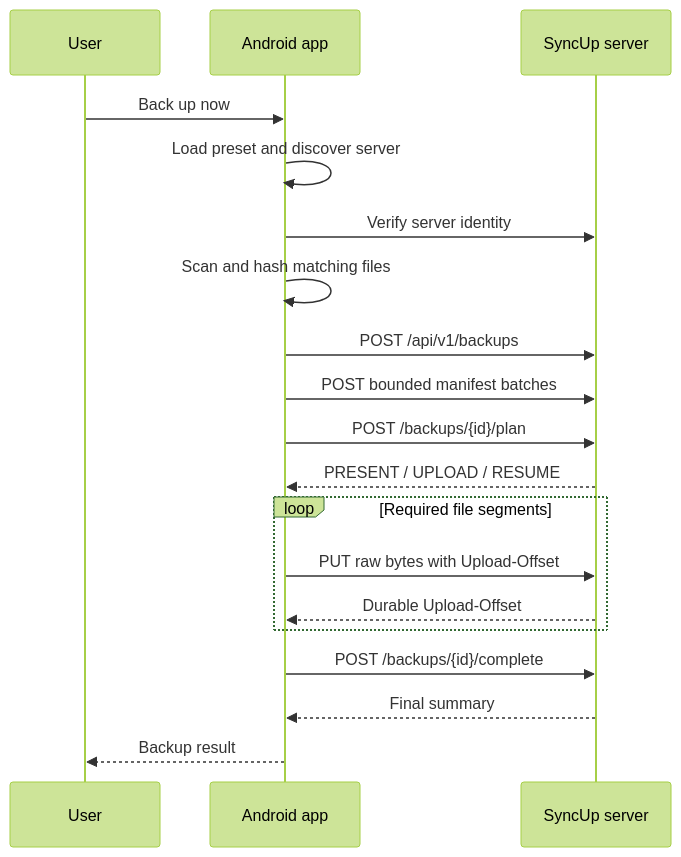
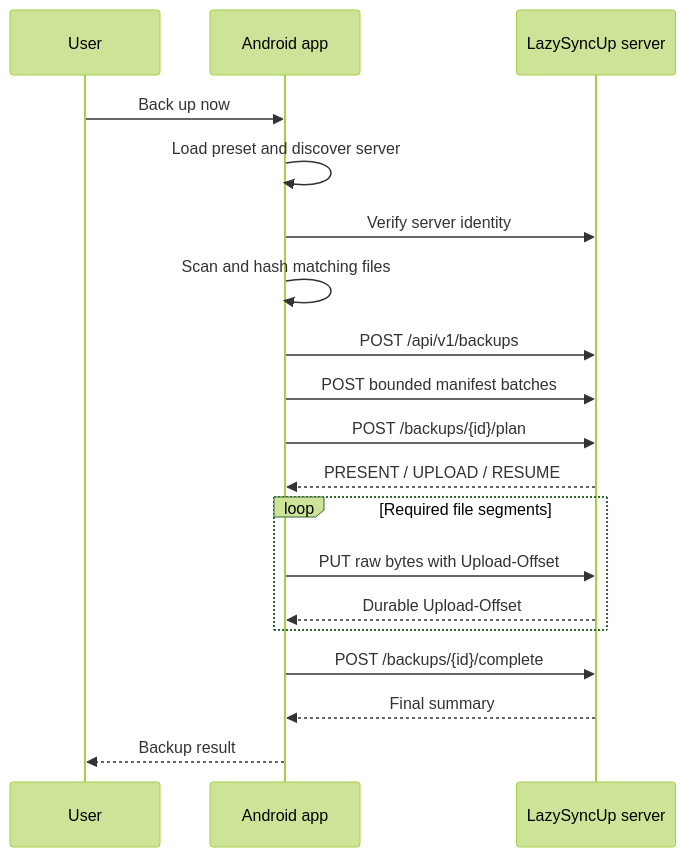
One commit to nee1sharma/syncup-client changed the diagram in docs/android-client-design.md. Above: the diagram before and after it, drawn with Mermaid (forest theme). The commit also changed other lines of this file and 17 other files, not shown here.

Commit message:
LazySyncUp app

````diff
--- a/docs/android-client-design.md
+++ b/docs/android-client-design.md
@@ -225,21 +225,21 @@
 ```mermaid
 sequenceDiagram
     participant U as User
     participant A as Android app
-    participant S as SyncUp server
+    participant S as LazySyncUp server
     U->>A: Back up now
     A->>A: Load preset and discover server
     A->>S: Verify server identity
     A->>A: Scan and hash matching files
     A->>S: POST /api/v1/backups
     A->>S: POST bounded manifest batches
     A->>S: POST /backups/{id}/plan
     S-->>A: PRESENT / UPLOAD / RESUME
     loop Required file segments
         A->>S: PUT raw bytes with Upload-Offset
         S-->>A: Durable Upload-Offset
     end
     A->>S: POST /backups/{id}/complete
     S-->>A: Final summary
     A-->>U: Backup result
 ```
````
